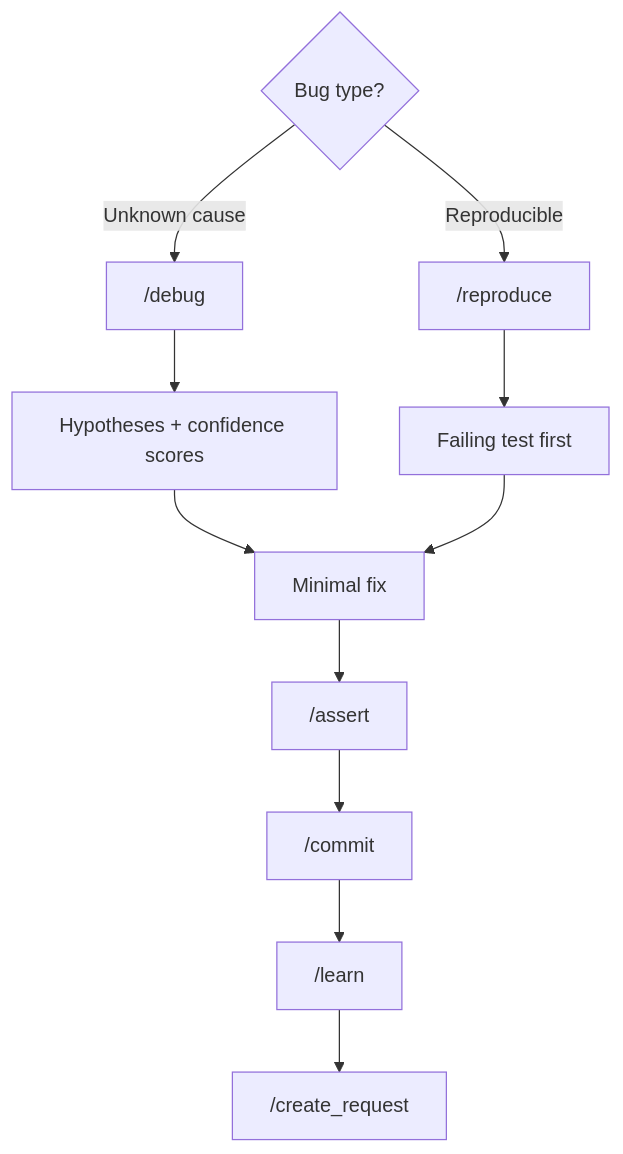
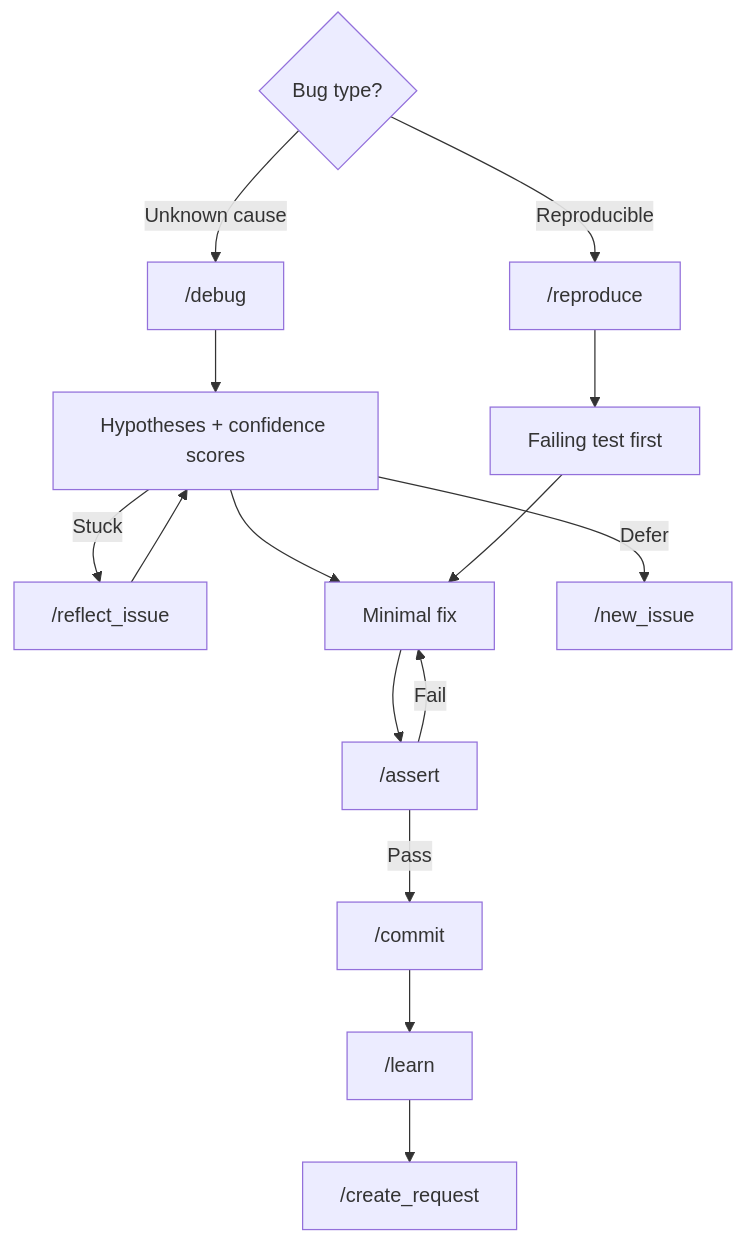
One commit to igounton/framework changed the eighth of 8 diagrams in aidd_docs/README.md. Above: the diagram before and after it, drawn with Mermaid. The commit also changed other lines of this file and 7 other files, not shown here.

Commit message:
feat: enhance documentation for challenge skill and add mermaid generation rules

````diff
--- a/aidd_docs/README.md
+++ b/aidd_docs/README.md
@@ -162,13 +446,18 @@
 ```mermaid
 graph TD
-    Start{"Bug type?"} -->|"Unknown cause"| A["/debug"]
-    Start -->|"Reproducible"| B["/reproduce"]
-    A --> C["Hypotheses + confidence scores"]
-    B --> D["Failing test first"]
-    C --> F["Minimal fix"]
-    D --> F
-    F --> G["/assert"]
-    G --> H["/commit"]
-    H --> I["/learn"]
-    I --> J["/create_request"]
+    Start{"Bug type?"} -->|"Unknown cause"| D["/debug"]
+    Start -->|"Reproducible"| R["/reproduce"]
+    D --> H["Hypotheses + confidence scores"]
+    H -->|"Stuck"| RE["/reflect_issue"]
+    RE --> H
+    R --> T["Failing test first"]
+    H --> F["Minimal fix"]
+    T --> F
+    F --> A["/assert"]
+    A -->|"Fail"| F
+    A -->|"Pass"| C["/commit"]
+    C --> L["/learn"]
+    L --> CR["/create_request"]
+
+    H -->|"Defer"| NI["/new_issue"]
 ```
````
